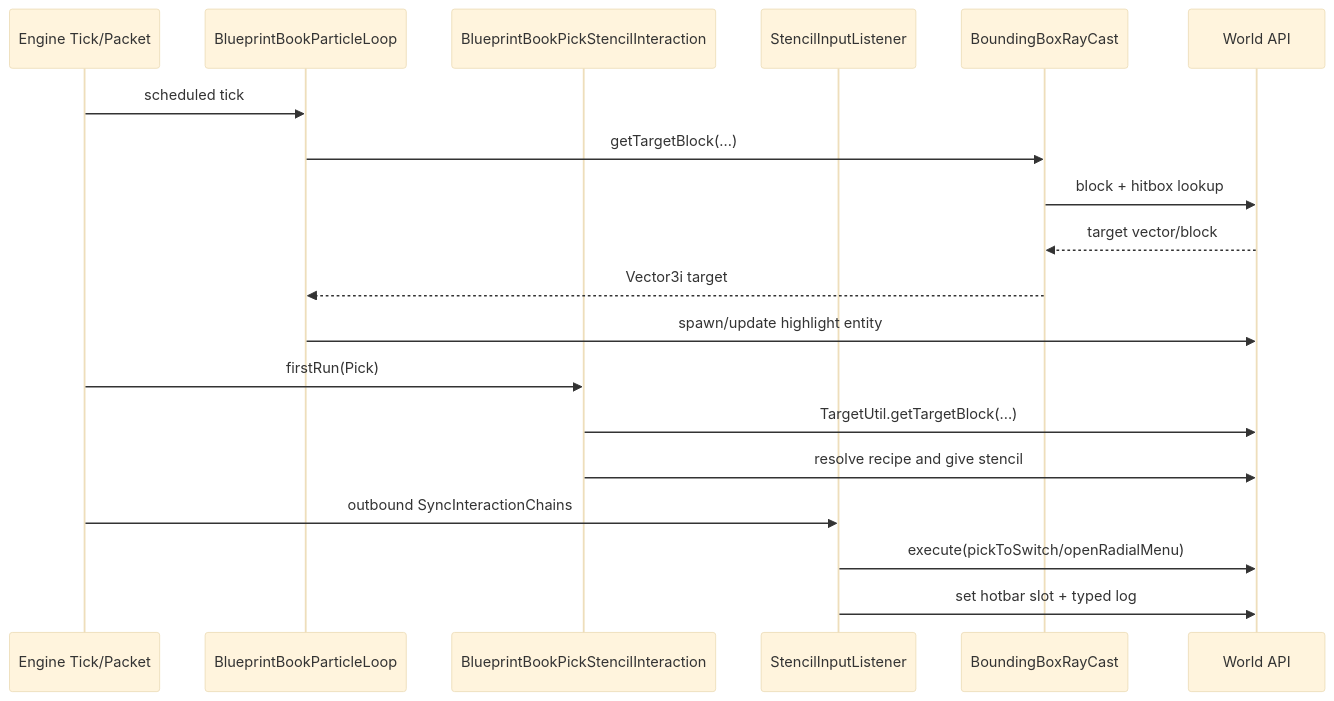
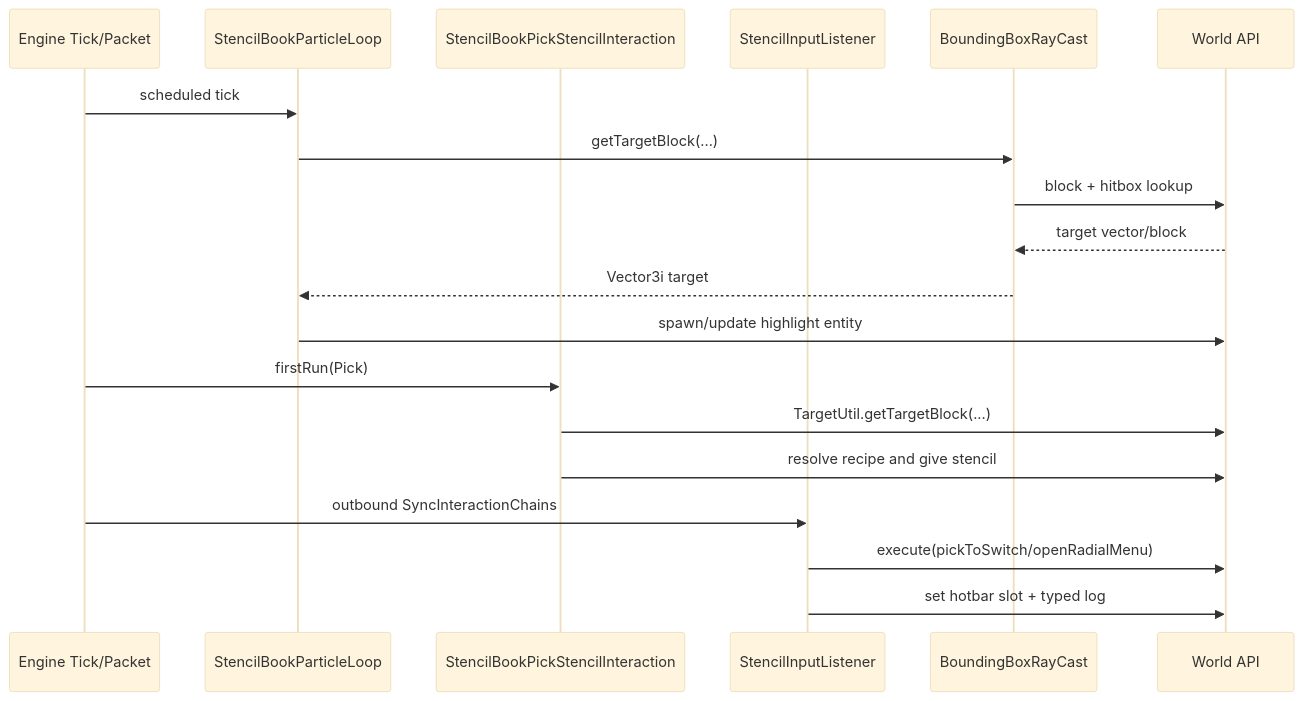
The third of 3 diagrams in docs/design-s2605261205-compile-restoration-vector-types.md (TheCodeCreature/Hytale-Example-Plugin), drawn with Mermaid (base theme) before and after one commit. The commit also changed other lines of this file and 289 other files, not shown here.

````diff
--- a/docs/design-s2605261205-compile-restoration-vector-types.md
+++ b/docs/design-s2605261205-compile-restoration-vector-types.md
@@ -78,24 +78,24 @@
 ```mermaid
 sequenceDiagram
     participant Engine as Engine Tick/Packet
-    participant Particle as BlueprintBookParticleLoop
-    participant Pick as BlueprintBookPickStencilInteraction
+    participant Particle as StencilBookParticleLoop
+    participant Pick as StencilBookPickStencilInteraction
     participant Listener as StencilInputListener
     participant Ray as BoundingBoxRayCast
     participant World as World API
 
     Engine->>Particle: scheduled tick
     Particle->>Ray: getTargetBlock(...)
     Ray->>World: block + hitbox lookup
     World-->>Ray: target vector/block
     Ray-->>Particle: Vector3i target
     Particle->>World: spawn/update highlight entity
 
     Engine->>Pick: firstRun(Pick)
     Pick->>World: TargetUtil.getTargetBlock(...)
     Pick->>World: resolve recipe and give stencil
 
     Engine->>Listener: outbound SyncInteractionChains
     Listener->>World: execute(pickToSwitch/openRadialMenu)
     Listener->>World: set hotbar slot + typed log
 ```
````
